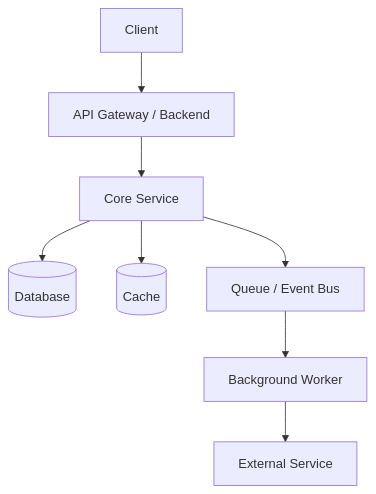
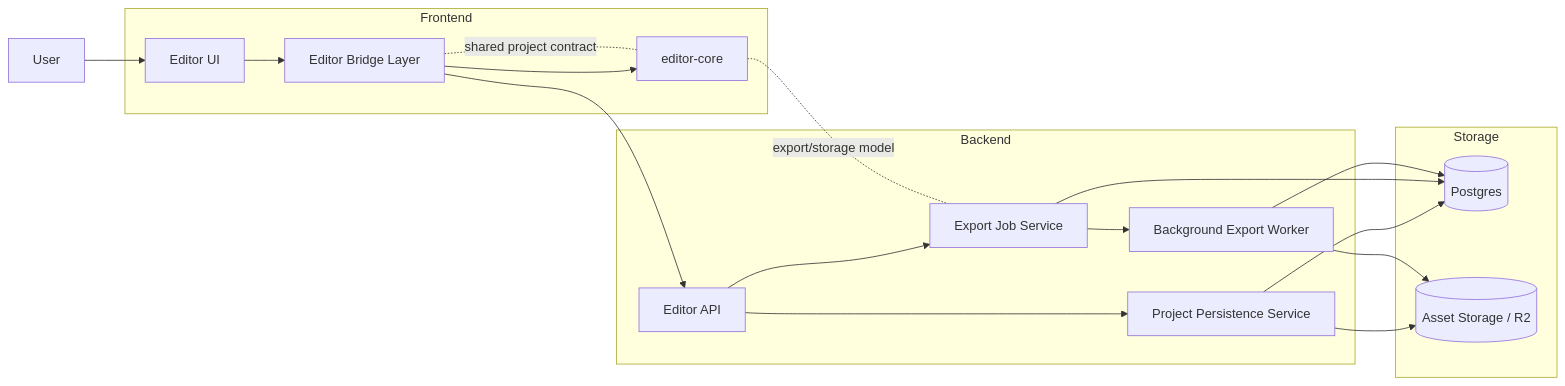
The first of 5 diagrams in docs/plans/hld-editor.md (KennethAtchon/ContentAI), drawn with Mermaid before and after one commit. The commit also changed other lines of this file and 58 other files, not shown here.

````diff
--- a/docs/plans/hld-editor.md
+++ b/docs/plans/hld-editor.md
@@ -98,19 +93,37 @@
 ```mermaid
-flowchart TD
-    Client[Client]
-    API[API Gateway / Backend]
-    Service[Core Service]
-    DB[(Database)]
-    Cache[(Cache)]
-    Queue[Queue / Event Bus]
-    Worker[Background Worker]
-    External[External Service]
+flowchart LR
+    User[User]
 
-    Client --> API
-    API --> Service
-    Service --> DB
-    Service --> Cache
-    Service --> Queue
-    Queue --> Worker
-    Worker --> External
+    subgraph Frontend
+        UI[Editor UI]
+        Bridge[Editor Bridge Layer]
+        Core[editor-core]
+    end
+
+    subgraph Backend
+        API[Editor API]
+        ProjectService[Project Persistence Service]
+        ExportService[Export Job Service]
+        Worker[Background Export Worker]
+    end
+
+    subgraph Storage
+        DB[(Postgres)]
+        Assets[(Asset Storage / R2)]
+    end
+
+    User --> UI
+    UI --> Bridge
+    Bridge --> Core
+    Bridge --> API
+    API --> ProjectService
+    API --> ExportService
+    ProjectService --> DB
+    ProjectService --> Assets
+    ExportService --> DB
+    ExportService --> Worker
+    Worker --> Assets
+    Worker --> DB
+    Core -. shared project contract .- Bridge
+    Core -. export/storage model .- ExportService
 ```
````
